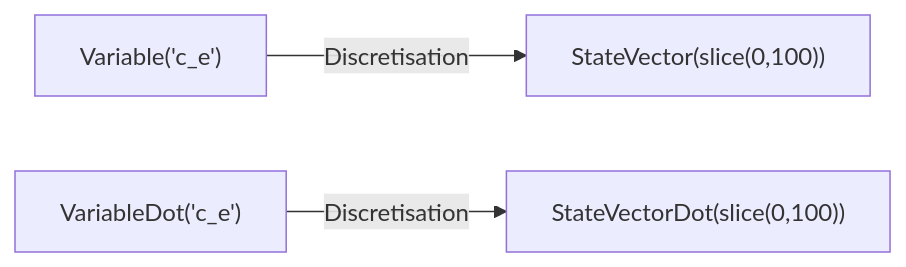
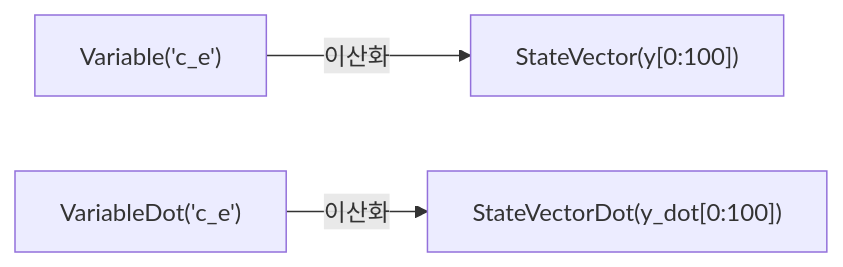
The third of 7 diagrams in examples/ryu/Phase1_패키지_구조_분석.md (Breezyryu/PyBaMM-ex), drawn with Mermaid before and after one commit. The commit also changed other lines of this file and 3 other files, not shown here.

````diff
--- a/examples/ryu/Phase1_패키지_구조_분석.md
+++ b/examples/ryu/Phase1_패키지_구조_분석.md
@@ -336,5 +370,5 @@
 ```mermaid
 flowchart LR
-    A["Variable('c_e')"] -->|Discretisation| B["StateVector(slice(0,100))"]
-    C["VariableDot('c_e')"] -->|Discretisation| D["StateVectorDot(slice(0,100))"]
+    A["Variable('c_e')"] -->|이산화| B["StateVector(y[0:100])"]
+    C["VariableDot('c_e')"] -->|이산화| D["StateVectorDot(y_dot[0:100])"]
 ```
````
